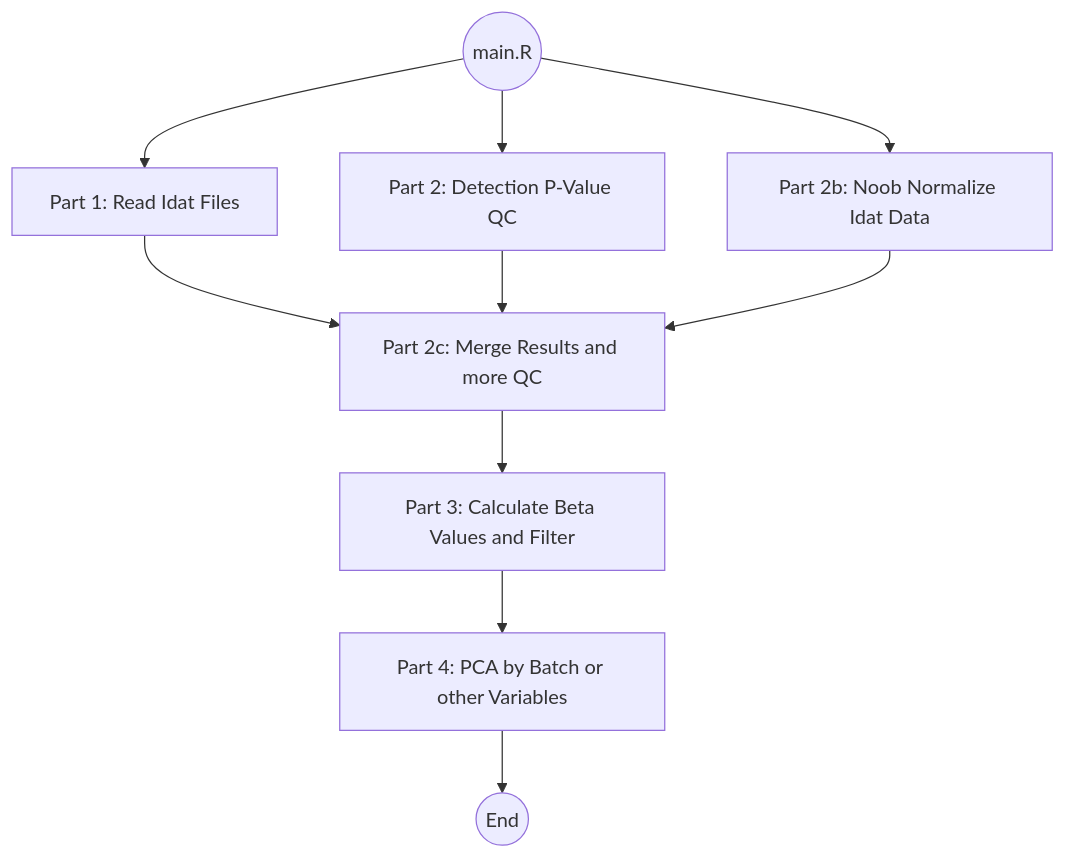
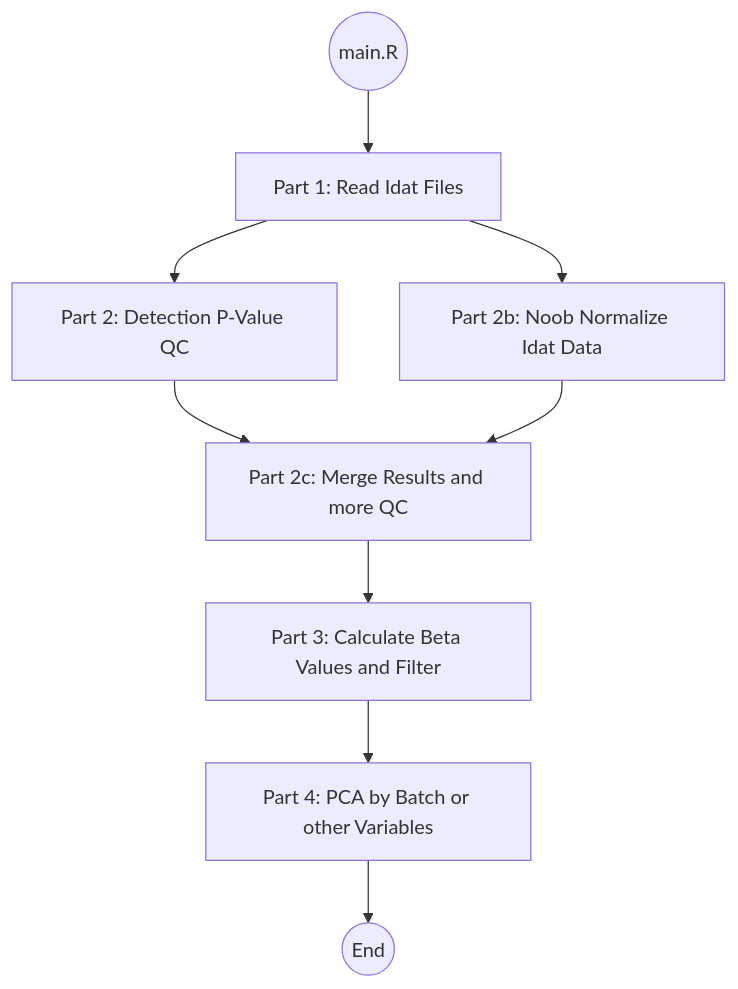
Before and after one commit to odelmas-sci/methylation-pipeline-only-R-: the diagram in README.md, drawn with Mermaid.

Commit message:
Reorder flowchart steps in README

````diff
--- a/README.md
+++ b/README.md
@@ -4,16 +4,16 @@
 ```mermaid
 flowchart TB
     Start((main.R))
 
     Start --> P1[Part 1: Read Idat Files]
-    Start --> P2[Part 2: Detection P-Value QC]
-    Start --> P2b[Part 2b: Noob Normalize Idat Data]
 
-    P1 --> Merge[Part 2c: Merge Results and more QC]
-    P2 --> Merge
+    P1 --> P2[Part 2: Detection P-Value QC]
+    P1 --> P2b[Part 2b: Noob Normalize Idat Data]
+
+    P2 --> Merge[Part 2c: Merge Results and more QC]
     P2b --> Merge
 
     Merge --> P3[Part 3: Calculate Beta Values and Filter]
     P3 --> P4[Part 4: PCA by Batch or other Variables]
     P4 --> End((End))
 ```
````
